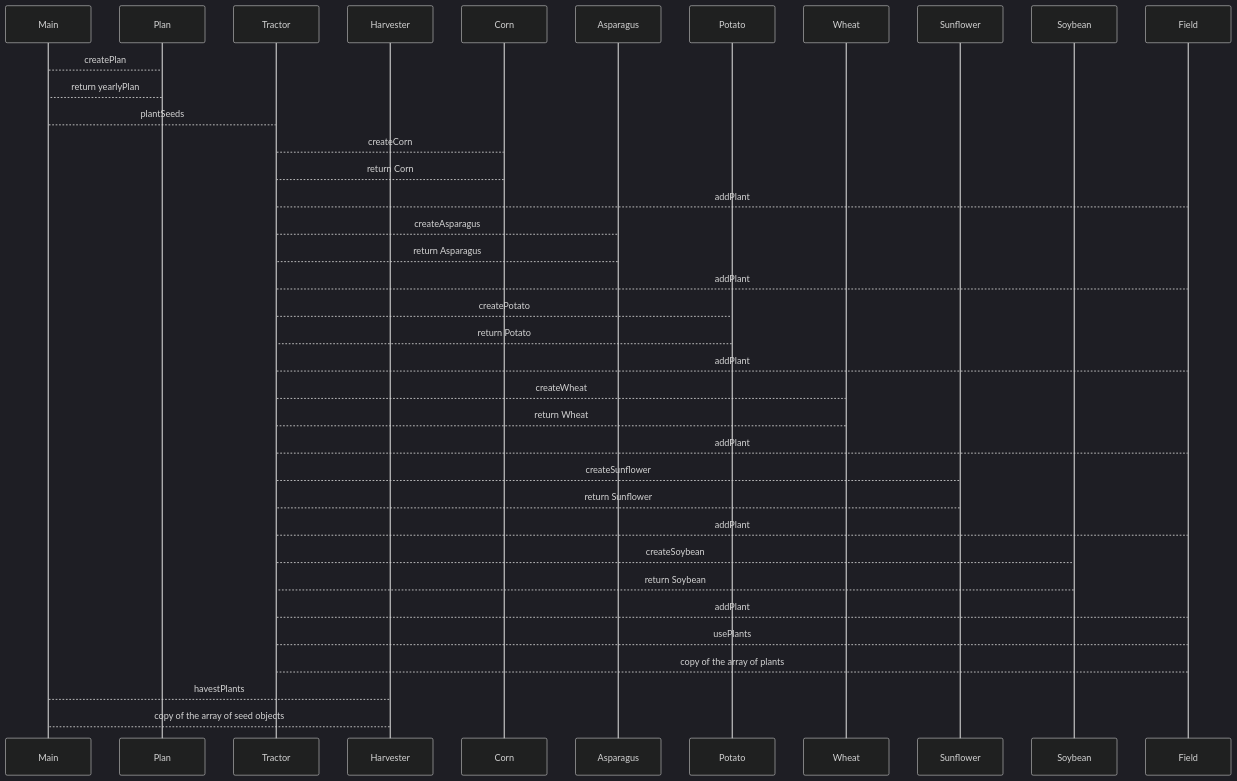
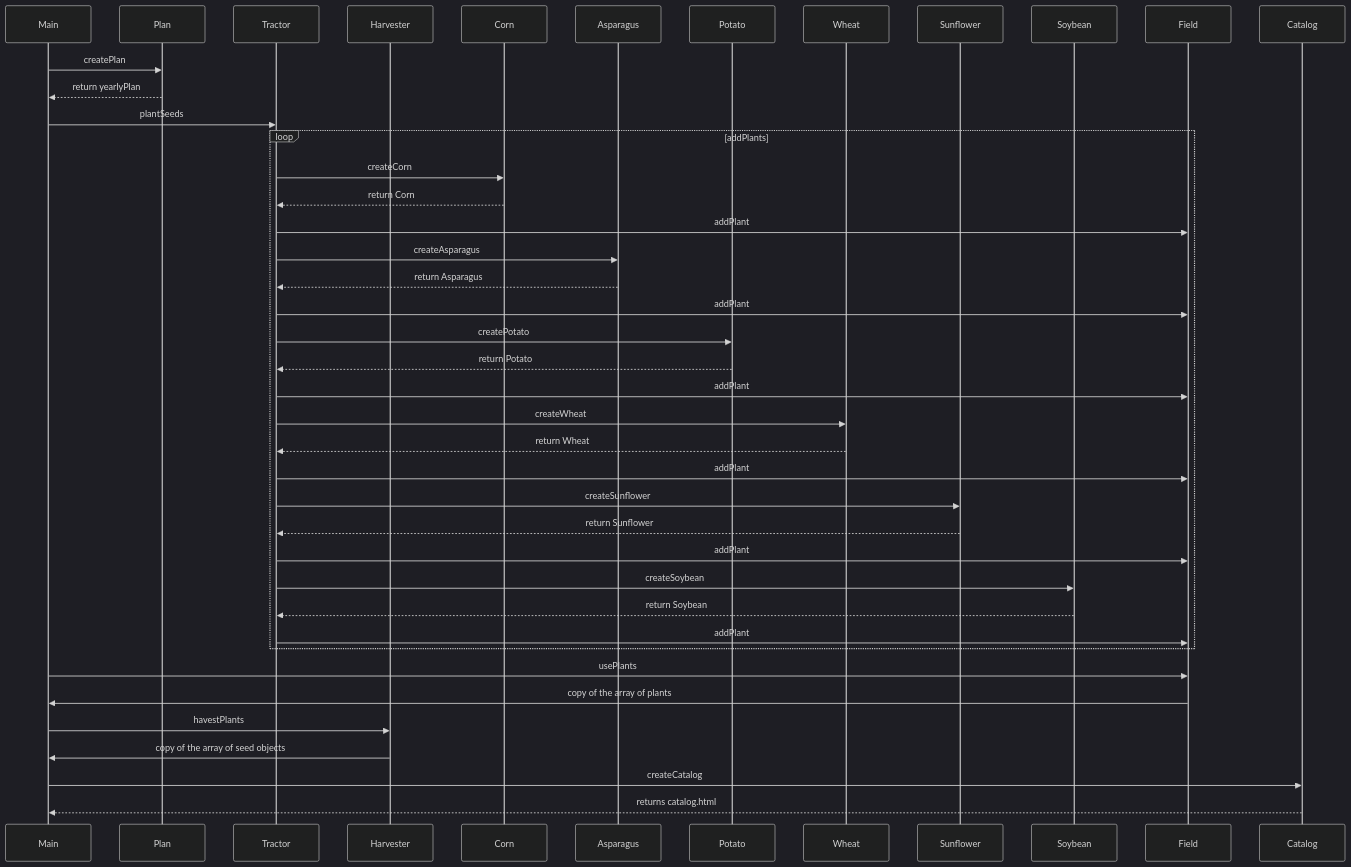
One commit to NSS-Day-Cohort-79/Modern-Farm-client-jnensf changed the diagram in src/sequencediagram.md. Above: the diagram before and after it, drawn with Mermaid (dark theme). The commit also changed 1 other file, not shown here.

Commit message:
fixed diagrams

````diff
--- a/src/sequencediagram.md
+++ b/src/sequencediagram.md
@@ -1,41 +1,45 @@
 ``` Mermaid
 sequenceDiagram
 participant Main
 participant Plan
 participant Tractor
 participant Harvester
 participant Corn
 participant Asparagus
 participant Potato
 participant Wheat
 participant Sunflower
 participant Soybean
 participant Field
+participant Catalog
 
-
-Main --> Plan: createPlan
-Plan --> Main: return yearlyPlan
-Main --> Tractor: plantSeeds
-Tractor --> Corn: createCorn
-Corn --> Tractor: return Corn
-Tractor --> Field: addPlant
-Tractor --> Asparagus: createAsparagus
-Asparagus --> Tractor: return Asparagus
-Tractor --> Field: addPlant
-Tractor --> Potato: createPotato
-Potato --> Tractor: return Potato
-Tractor --> Field: addPlant
-Tractor --> Wheat: createWheat
-Wheat --> Tractor: return Wheat
-Tractor --> Field: addPlant
-Tractor --> Sunflower: createSunflower
-Sunflower --> Tractor: return Sunflower
-Tractor --> Field: addPlant
-Tractor --> Soybean: createSoybean
-Soybean --> Tractor: return Soybean
-Tractor --> Field: addPlant
-Tractor --> Field: usePlants
-Field --> Tractor: copy of the array of plants
-Main --> Harvester: havestPlants
-Harvester --> Main: copy of the array of seed objects
+Main ->> Plan: createPlan
+Plan -->> Main: return yearlyPlan
+Main ->> Tractor: plantSeeds
+loop addPlants
+Tractor ->> Corn: createCorn
+Corn -->> Tractor: return Corn
+Tractor ->> Field: addPlant
+Tractor ->> Asparagus: createAsparagus
+Asparagus -->> Tractor: return Asparagus
+Tractor ->> Field: addPlant
+Tractor ->> Potato: createPotato
+Potato -->> Tractor: return Potato
+Tractor ->> Field: addPlant
+Tractor ->> Wheat: createWheat
+Wheat -->> Tractor: return Wheat
+Tractor ->> Field: addPlant
+Tractor ->> Sunflower: createSunflower
+Sunflower -->> Tractor: return Sunflower
+Tractor ->> Field: addPlant
+Tractor ->> Soybean: createSoybean
+Soybean -->> Tractor: return Soybean
+Tractor ->> Field: addPlant
+end
+Main ->> Field: usePlants
+Field ->> Main: copy of the array of plants
+Main ->> Harvester: havestPlants
+Harvester ->> Main: copy of the array of seed objects
+Main ->> Catalog: createCatalog
+Catalog -->> Main: returns catalog.html
 ```
````
